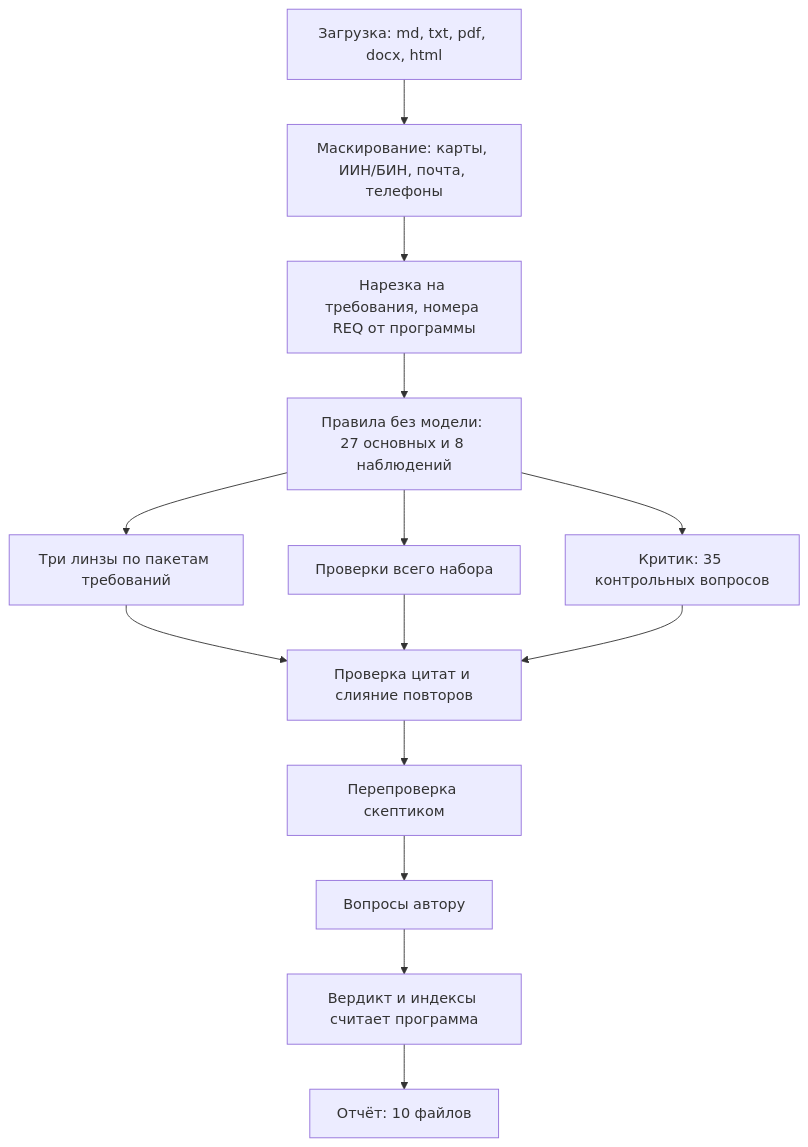
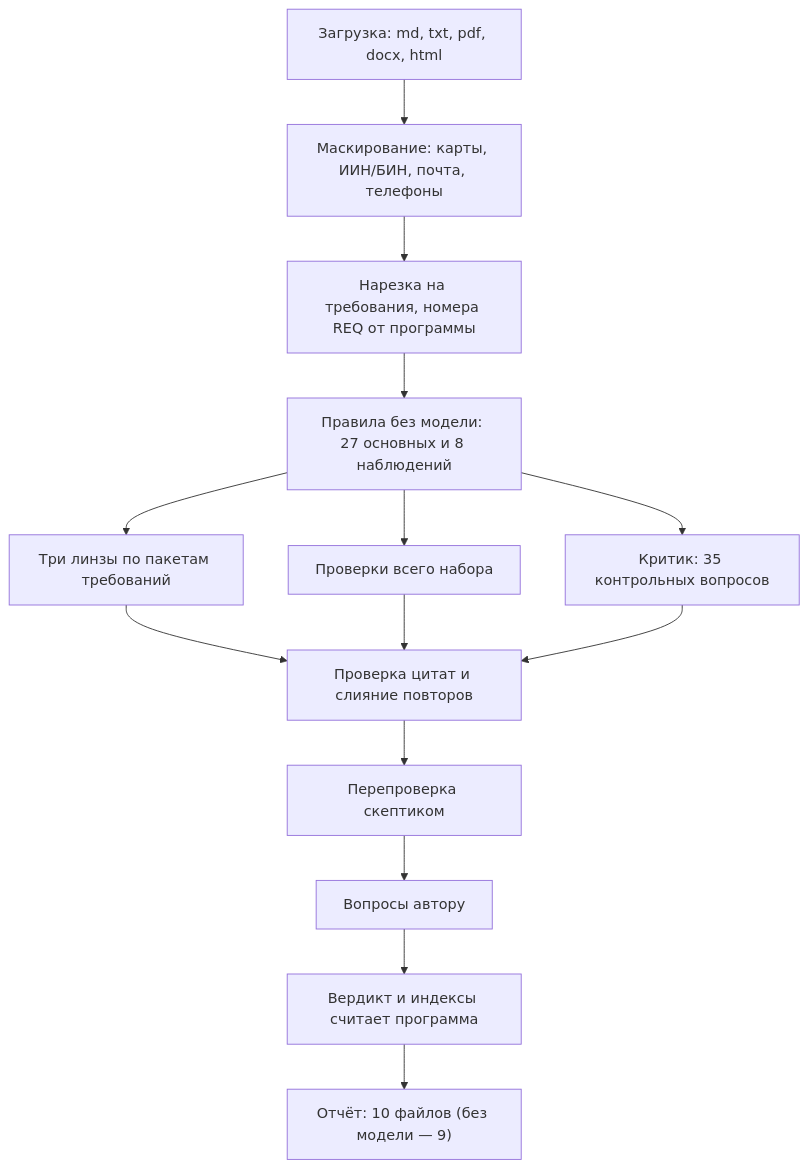
The diagram in README.md (Artmaster5/revizor-tz), drawn with Mermaid before and after one commit. The commit also changed other lines of this file and 4 other files, not shown here.

````diff
--- a/README.md
+++ b/README.md
@@ -161,16 +161,16 @@
 ```mermaid
 flowchart TD
     A["Загрузка: md, txt, pdf, docx, html"] --> B["Маскирование: карты, ИИН/БИН, почта, телефоны"]
     B --> C["Нарезка на требования, номера REQ от программы"]
     C --> D["Правила без модели: 27 основных и 8 наблюдений"]
     D --> E["Три линзы по пакетам требований"]
     D --> F["Проверки всего набора"]
     D --> G["Критик: 35 контрольных вопросов"]
     E --> H["Проверка цитат и слияние повторов"]
     F --> H
     G --> H
     H --> I["Перепроверка скептиком"]
     I --> J["Вопросы автору"]
     J --> K["Вердикт и индексы считает программа"]
-    K --> L["Отчёт: 10 файлов"]
+    K --> L["Отчёт: 10 файлов (без модели — 9)"]
 ```
````
